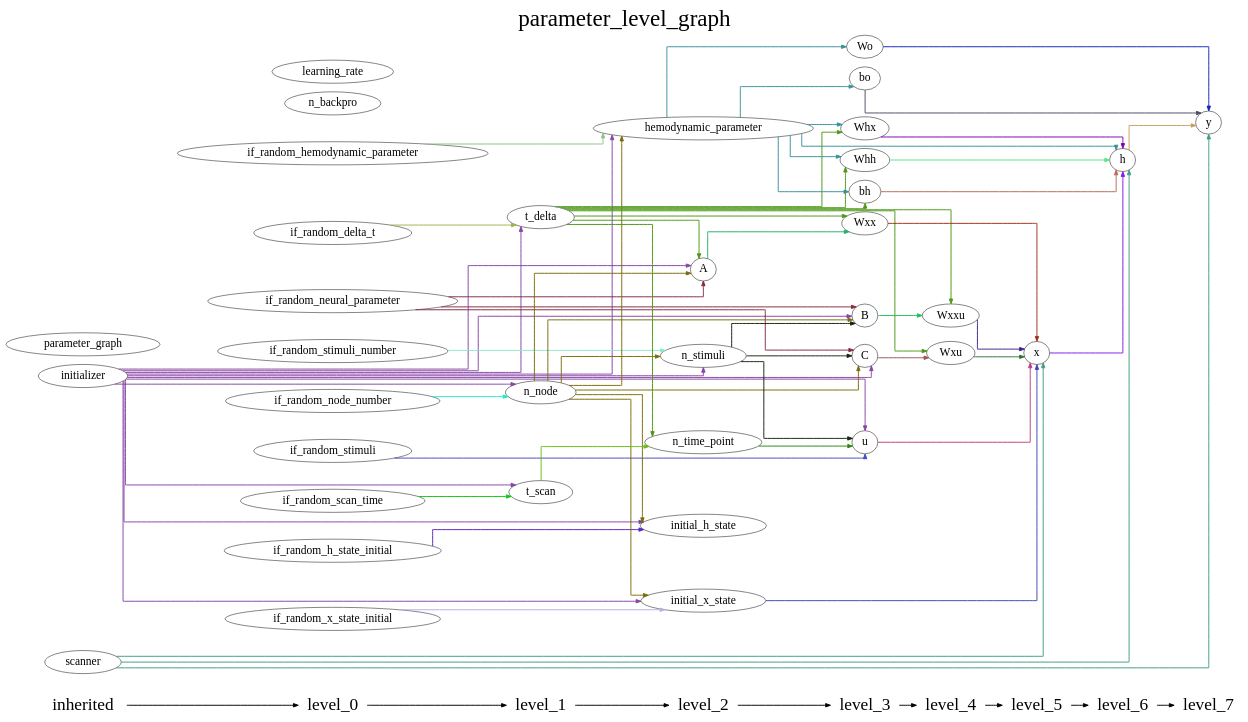
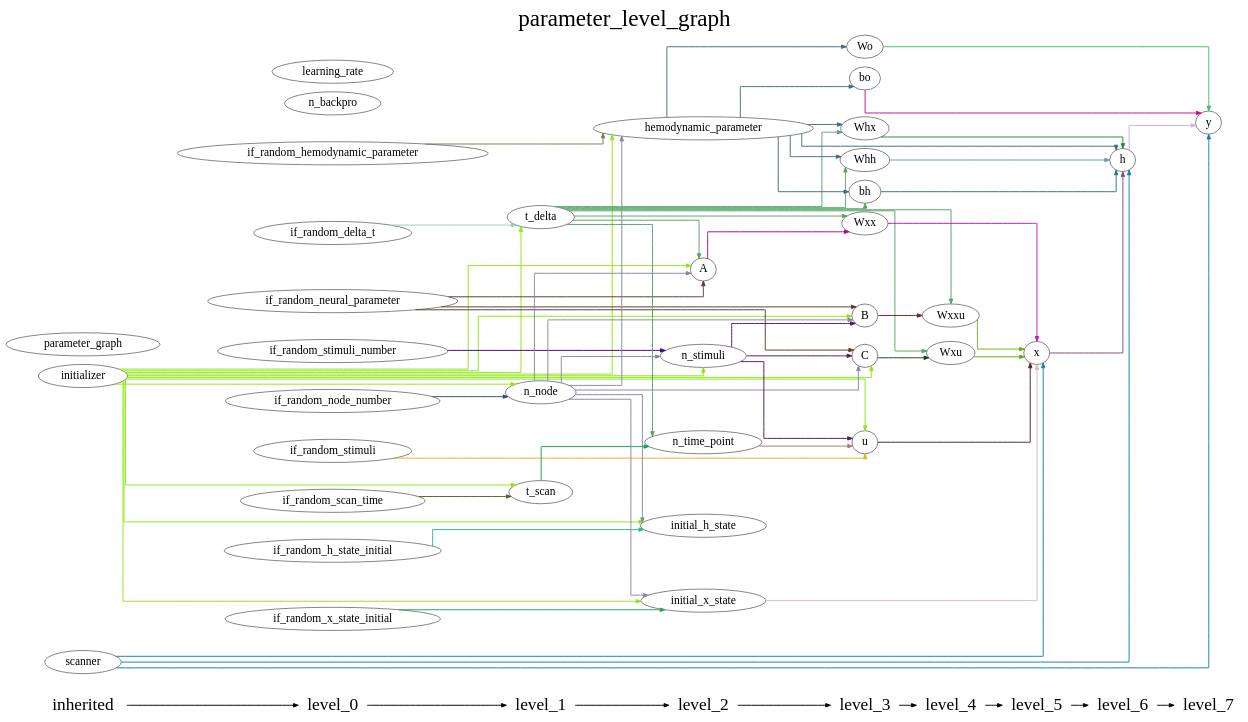
The diagram in DCM_RNN/documents/parameter_level_graph.gv (YuanWangOnward/DCM_RNN), drawn with Graphviz before and after one commit. The commit also changed 5 other files, not shown here.

```diff
--- a/DCM_RNN/documents/parameter_level_graph.gv
+++ b/DCM_RNN/documents/parameter_level_graph.gv
@@ -1,156 +1,156 @@
 digraph G {
           splines=ortho;
           fontsize = 48;
           rankdir = "LR";
           node[fontsize=24];
           edge[penwidth=2];
           {
           node [shape=plaintext fontsize=36];
           inherited -> 
           level_0 -> 
           level_1 -> 
           level_2 -> 
           level_3 -> 
           level_4 -> 
           level_5 -> 
           level_6 -> 
           level_7
           }
           {rank = same;
           inherited;
           initializer;
           parameter_graph;
           scanner;
           }
           {rank = same;
           level_0;
           if_random_neural_parameter;
           if_random_hemodynamic_parameter;
           if_random_x_state_initial;
           if_random_h_state_initial;
           if_random_stimuli;
           if_random_node_number;
           if_random_stimuli_number;
           if_random_delta_t;
           if_random_scan_time;
           n_backpro;
           learning_rate;
           }
           {rank = same;
           level_1;
           n_node;
           t_delta;
           t_scan;
           }
           {rank = same;
           level_2;
           n_time_point;
           n_stimuli;
           A;
           hemodynamic_parameter;
           initial_x_state;
           initial_h_state;
           }
           {rank = same;
           level_3;
           u;
           B;
           C;
           Wxx;
           Whx;
           Whh;
           bh;
           Wo;
           bo;
           }
           {rank = same;
           level_4;
           Wxxu;
           Wxu;
           }
           {rank = same;
           level_5;
           x;
           }
           {rank = same;
           level_6;
           h;
           }
           {rank = same;
           level_7;
           y;
           }
-          if_random_h_state_initial -> initial_h_state [color="#5727C3"];
-          Wxu -> x [color="#357039"];
-          if_random_delta_t -> t_delta [color="#A3B149"];
-          x -> h [color="#841AEB"];
-          if_random_hemodynamic_parameter -> hemodynamic_parameter [color="#91C089"];
-          t_scan -> n_time_point [color="#69BC10"];
+          x -> h [color="#844E74"];
+          parameter_graph ;
+          if_random_stimuli -> u [color="#E5B41C"];
+          h -> y [color="#CBAEE9"];
+          B -> Wxxu [color="#7C191C"];
           learning_rate ;
-          if_random_scan_time -> t_scan [color="#0CCC11"];
-          u -> x [color="#C23B80"];
-          Whh -> h [color="#58E680"];
-          bh -> h [color="#B66B52"];
-          B -> Wxxu [color="#17C15A"];
-          scanner -> x [color="#429C83"];
-          scanner -> y [color="#429C83"];
-          scanner -> h [color="#429C83"];
-          C -> Wxu [color="#9E5458"];
-          n_node -> B [color="#7B6C0A"];
-          n_node -> n_stimuli [color="#7B6C0A"];
-          n_node -> C [color="#7B6C0A"];
-          n_node -> initial_h_state [color="#7B6C0A"];
-          n_node -> A [color="#7B6C0A"];
-          n_node -> initial_x_state [color="#7B6C0A"];
-          n_node -> hemodynamic_parameter [color="#7B6C0A"];
-          Whx -> h [color="#7B03B1"];
-          h -> y [color="#C99B60"];
-          if_random_node_number -> n_node [color="#21EBC1"];
-          bo -> y [color="#4A4C68"];
-          Wxxu -> x [color="#3E2087"];
-          initial_x_state -> x [color="#4248B0"];
-          initializer -> B [color="#8744A6"];
-          initializer -> t_scan [color="#8744A6"];
-          initializer -> u [color="#8744A6"];
-          initializer -> n_stimuli [color="#8744A6"];
-          initializer -> C [color="#8744A6"];
-          initializer -> n_node [color="#8744A6"];
-          initializer -> initial_h_state [color="#8744A6"];
-          initializer -> A [color="#8744A6"];
-          initializer -> initial_x_state [color="#8744A6"];
-          initializer -> t_delta [color="#8744A6"];
-          initializer -> hemodynamic_parameter [color="#8744A6"];
+          n_backpro ;
+          if_random_x_state_initial -> initial_x_state [color="#24A05A"];
+          if_random_hemodynamic_parameter -> hemodynamic_parameter [color="#797951"];
+          bh -> h [color="#267C70"];
+          n_stimuli -> C [color="#561463"];
+          n_stimuli -> u [color="#561463"];
+          n_stimuli -> B [color="#561463"];
+          if_random_neural_parameter -> A [color="#573A2C"];
+          if_random_neural_parameter -> C [color="#573A2C"];
+          if_random_neural_parameter -> B [color="#573A2C"];
+          Wxxu -> x [color="#7BAE04"];
+          if_random_node_number -> n_node [color="#2A5062"];
+          if_random_scan_time -> t_scan [color="#526230"];
+          Wxu -> x [color="#5AAA09"];
+          if_random_h_state_initial -> initial_h_state [color="#2AB593"];
+          Whh -> h [color="#6A96BC"];
+          t_scan -> n_time_point [color="#10A054"];
+          t_delta -> Wxxu [color="#54A466"];
+          t_delta -> bh [color="#54A466"];
+          t_delta -> Wxx [color="#54A466"];
+          t_delta -> Whh [color="#54A466"];
+          t_delta -> n_time_point [color="#54A466"];
+          t_delta -> A [color="#54A466"];
+          t_delta -> Wxu [color="#54A466"];
+          t_delta -> Whx [color="#54A466"];
+          n_time_point -> u [color="#A07A75"];
+          y ;
+          if_random_delta_t -> t_delta [color="#A0C7B6"];
+          A -> Wxx [color="#B2058B"];
+          bo -> y [color="#C90B99"];
+          C -> Wxu [color="#18401B"];
+          initial_x_state -> x [color="#E2B6BA"];
+          n_node -> n_stimuli [color="#8686A2"];
+          n_node -> hemodynamic_parameter [color="#8686A2"];
+          n_node -> A [color="#8686A2"];
+          n_node -> C [color="#8686A2"];
+          n_node -> initial_x_state [color="#8686A2"];
+          n_node -> initial_h_state [color="#8686A2"];
+          n_node -> B [color="#8686A2"];
+          scanner -> x [color="#137EB1"];
+          scanner -> h [color="#137EB1"];
+          scanner -> y [color="#137EB1"];
+          u -> x [color="#4E2121"];
+          if_random_stimuli_number -> n_stimuli [color="#3A0690"];
           initial_h_state ;
-          if_random_x_state_initial -> initial_x_state [color="#BEABE5"];
-          Wo -> y [color="#1326BB"];
-          if_random_stimuli_number -> n_stimuli [color="#8BE8CB"];
-          n_stimuli -> B [color="#142511"];
-          n_stimuli -> u [color="#142511"];
-          n_stimuli -> C [color="#142511"];
-          y ;
-          n_backpro ;
-          parameter_graph ;
-          if_random_stimuli -> u [color="#434CC3"];
-          A -> Wxx [color="#20B067"];
-          Wxx -> x [color="#A32E17"];
-          n_time_point -> u [color="#288813"];
-          t_delta -> Wxx [color="#4C9814"];
-          t_delta -> bh [color="#4C9814"];
-          t_delta -> Wxu [color="#4C9814"];
-          t_delta -> Whx [color="#4C9814"];
-          t_delta -> A [color="#4C9814"];
-          t_delta -> Wxxu [color="#4C9814"];
-          t_delta -> n_time_point [color="#4C9814"];
-          t_delta -> Whh [color="#4C9814"];
-          if_random_neural_parameter -> B [color="#842B41"];
-          if_random_neural_parameter -> C [color="#842B41"];
-          if_random_neural_parameter -> A [color="#842B41"];
-          hemodynamic_parameter -> bh [color="#39919B"];
-          hemodynamic_parameter -> Wo [color="#39919B"];
-          hemodynamic_parameter -> Whx [color="#39919B"];
-          hemodynamic_parameter -> h [color="#39919B"];
-          hemodynamic_parameter -> bo [color="#39919B"];
-          hemodynamic_parameter -> Whh [color="#39919B"];
+          Wxx -> x [color="#C213C9"];
+          hemodynamic_parameter -> bo [color="#456884"];
+          hemodynamic_parameter -> h [color="#456884"];
+          hemodynamic_parameter -> bh [color="#456884"];
+          hemodynamic_parameter -> Whh [color="#456884"];
+          hemodynamic_parameter -> Wo [color="#456884"];
+          hemodynamic_parameter -> Whx [color="#456884"];
+          initializer -> n_stimuli [color="#8CE910"];
+          initializer -> hemodynamic_parameter [color="#8CE910"];
+          initializer -> t_delta [color="#8CE910"];
+          initializer -> A [color="#8CE910"];
+          initializer -> C [color="#8CE910"];
+          initializer -> initial_x_state [color="#8CE910"];
+          initializer -> n_node [color="#8CE910"];
+          initializer -> u [color="#8CE910"];
+          initializer -> initial_h_state [color="#8CE910"];
+          initializer -> t_scan [color="#8CE910"];
+          initializer -> B [color="#8CE910"];
+          Whx -> h [color="#1E8A2A"];
+          Wo -> y [color="#39C360"];
           labelloc = "t";
           label = "parameter_level_graph";
 }
```
